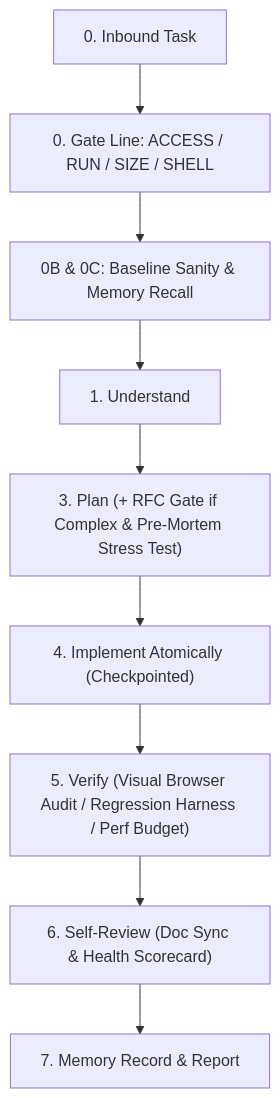
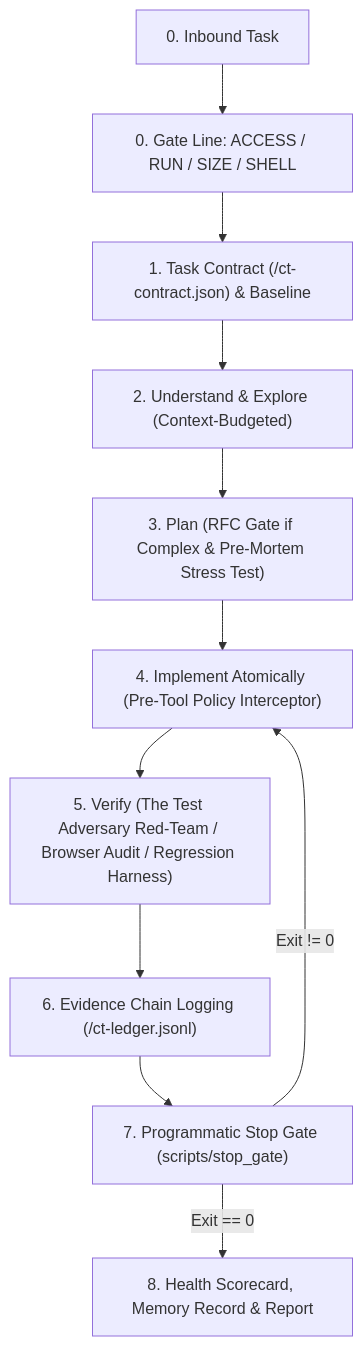
Before and after one commit to dragonkrishnan15/safety: the diagram in README.md, drawn with Mermaid. The commit also changed other lines of this file and 12 other files, not shown here.

Commit message:
feat: integrate Gravitas zero-trust runtime (task contract, test adversary, evidence chain, stop gate)

````diff
--- a/README.md
+++ b/README.md
@@ -63,11 +63,13 @@
 ```mermaid
 graph TD
     A["0. Inbound Task"] --> B["0. Gate Line: ACCESS / RUN / SIZE / SHELL"]
-    B --> C["0B & 0C: Baseline Sanity & Memory Recall"]
-    C --> D["1. Understand"]
-    D --> E["3. Plan (+ RFC Gate if Complex & Pre-Mortem Stress Test)"]
-    E --> F["4. Implement Atomically (Checkpointed)"]
-    F --> G["5. Verify (Visual Browser Audit / Regression Harness / Perf Budget)"]
-    G --> H["6. Self-Review (Doc Sync & Health Scorecard)"]
-    H --> I["7. Memory Record & Report"]
+    B --> C["1. Task Contract (<tmp>/ct-contract.json) & Baseline"]
+    C --> D["2. Understand & Explore (Context-Budgeted)"]
+    D --> E["3. Plan (RFC Gate if Complex & Pre-Mortem Stress Test)"]
+    E --> F["4. Implement Atomically (Pre-Tool Policy Interceptor)"]
+    F --> G["5. Verify (The Test Adversary Red-Team / Browser Audit / Regression Harness)"]
+    G --> H["6. Evidence Chain Logging (<tmp>/ct-ledger.jsonl)"]
+    H --> I["7. Programmatic Stop Gate (scripts/stop_gate)"]
+    I -->|Exit != 0| F
+    I -->|Exit == 0| J["8. Health Scorecard, Memory Record & Report"]
 ```
````
